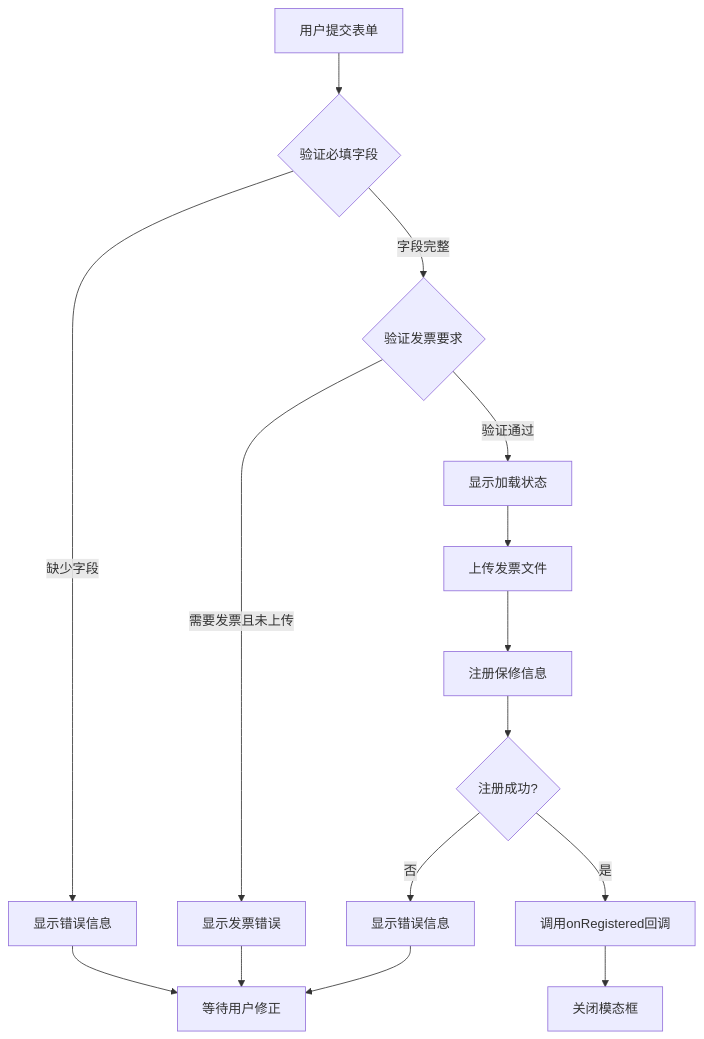
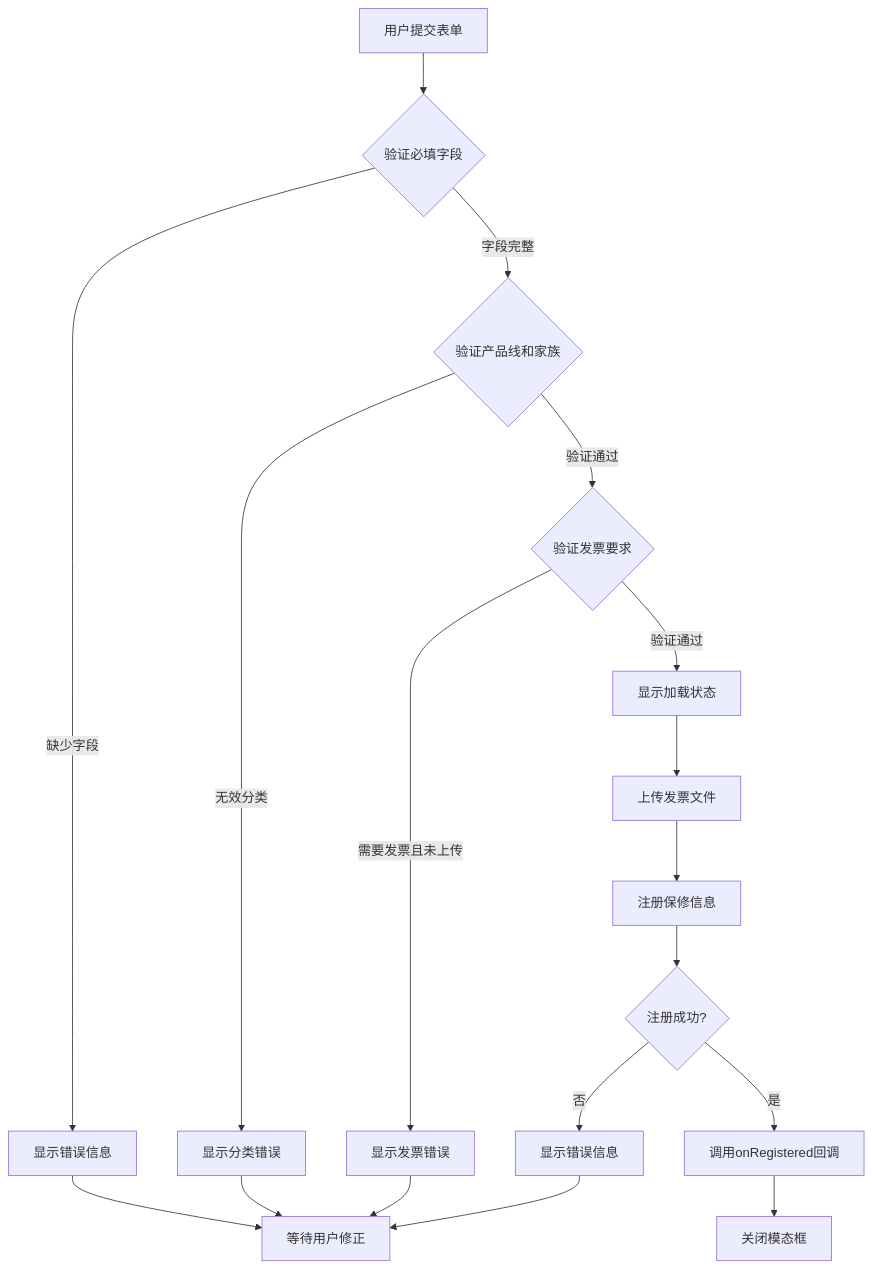
The fifth of 8 diagrams in .qoder/repowiki/zh/content/前端组件架构/保修注册模态框组件.md (CubeEdge/Longhorn), drawn with Mermaid before and after one commit. The commit also changed other lines of this file and 3 other files, not shown here.

````diff
--- a/.qoder/repowiki/zh/content/前端组件架构/保修注册模态框组件.md
+++ b/.qoder/repowiki/zh/content/前端组件架构/保修注册模态框组件.md
@@ -188,17 +219,20 @@
 ```mermaid
 flowchart TD
 A[用户提交表单] --> B{验证必填字段}
 B --> |缺少字段| C[显示错误信息]
-B --> |字段完整| D{验证发票要求}
-D --> |需要发票且未上传| E[显示发票错误]
-D --> |验证通过| F[显示加载状态]
-F --> G[上传发票文件]
-G --> H[注册保修信息]
-H --> I{注册成功?}
-I --> |是| J[调用onRegistered回调]
-I --> |否| K[显示错误信息]
-C --> L[等待用户修正]
-E --> L
-J --> M[关闭模态框]
-K --> L
+B --> |字段完整| D{验证产品线和家族}
+D --> |无效分类| E[显示分类错误]
+D --> |验证通过| F{验证发票要求}
+F --> |需要发票且未上传| G[显示发票错误]
+F --> |验证通过| H[显示加载状态]
+H --> I[上传发票文件]
+I --> J[注册保修信息]
+J --> K{注册成功?}
+K --> |是| L[调用onRegistered回调]
+K --> |否| M[显示错误信息]
+C --> N[等待用户修正]
+E --> N
+G --> N
+L --> O[关闭模态框]
+M --> N
 ```
````
